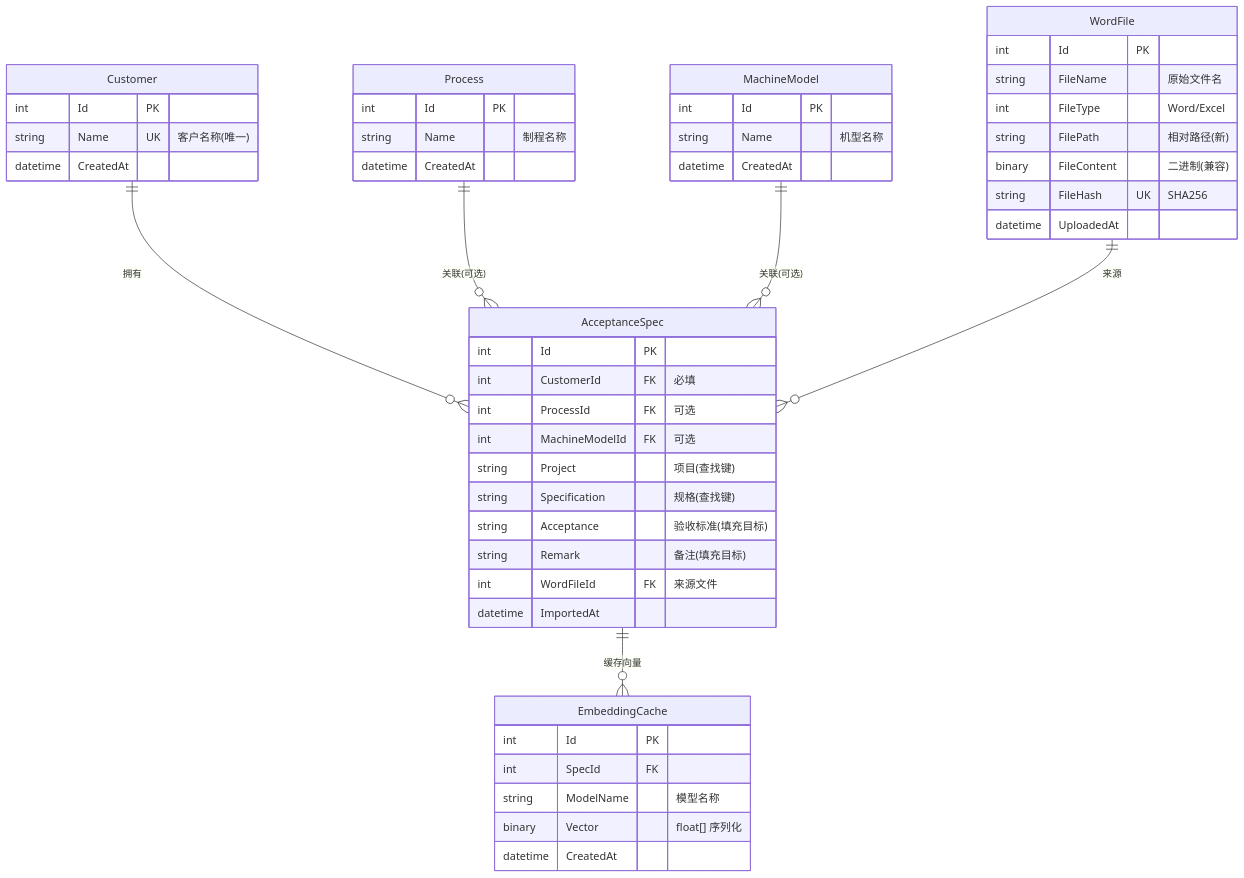
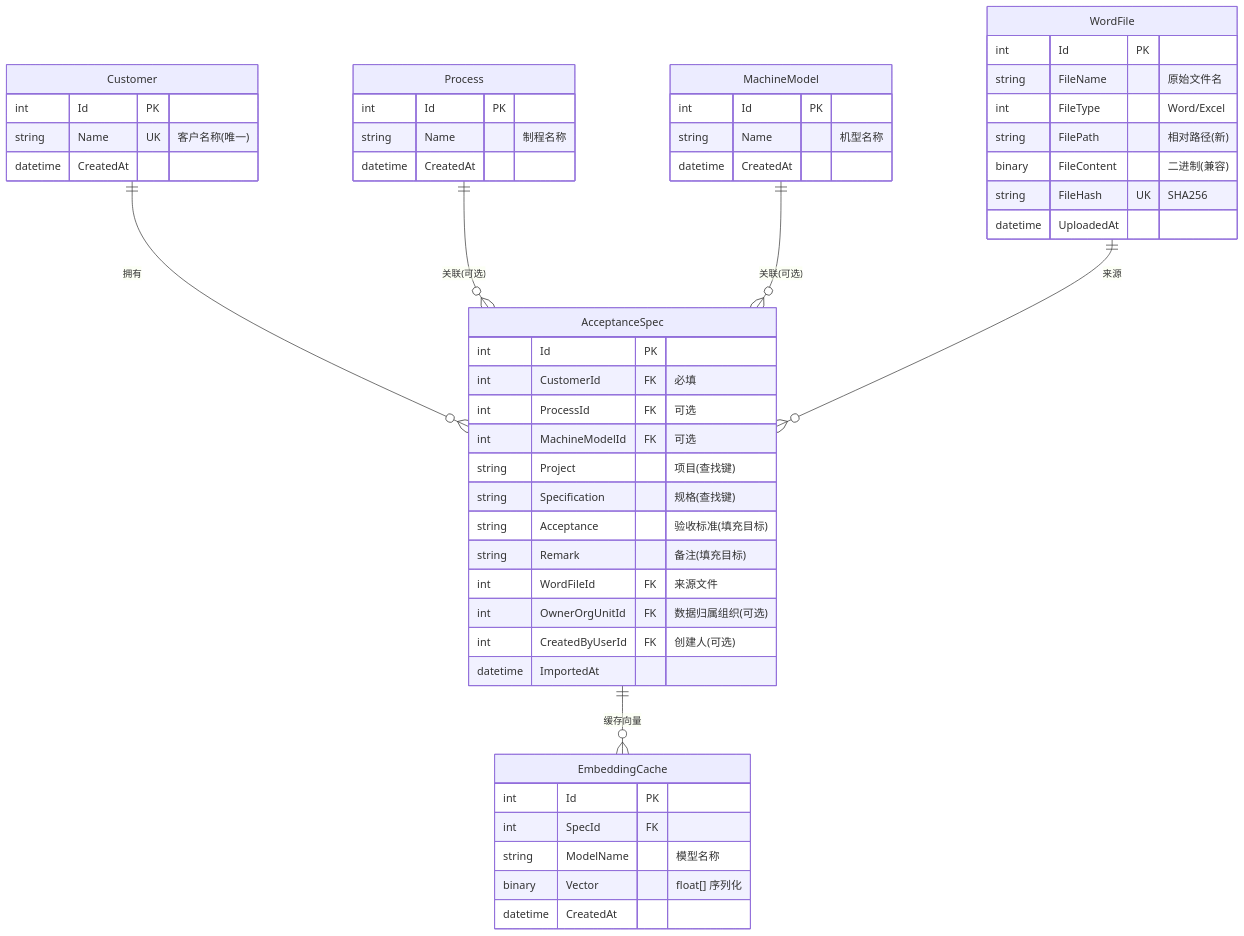
Before and after one commit to xiaocaiisxiaocai/AcceptanceSpecRecognition: diagram 14 of 28 in docs/design-overview.md, drawn with Mermaid. The commit also changed other lines of this file and 51 other files, not shown here.

````diff
--- a/docs/design-overview.md
+++ b/docs/design-overview.md
@@ -481,57 +482,59 @@
 ```mermaid
 erDiagram
     Customer ||--o{ AcceptanceSpec : "拥有"
     Process ||--o{ AcceptanceSpec : "关联(可选)"
     MachineModel ||--o{ AcceptanceSpec : "关联(可选)"
     WordFile ||--o{ AcceptanceSpec : "来源"
     AcceptanceSpec ||--o{ EmbeddingCache : "缓存向量"
 
     Customer {
         int Id PK
         string Name UK "客户名称(唯一)"
         datetime CreatedAt
     }
 
     Process {
         int Id PK
         string Name "制程名称"
         datetime CreatedAt
     }
 
     MachineModel {
         int Id PK
         string Name "机型名称"
         datetime CreatedAt
     }
 
     AcceptanceSpec {
         int Id PK
         int CustomerId FK "必填"
         int ProcessId FK "可选"
         int MachineModelId FK "可选"
         string Project "项目(查找键)"
         string Specification "规格(查找键)"
         string Acceptance "验收标准(填充目标)"
         string Remark "备注(填充目标)"
         int WordFileId FK "来源文件"
+        int OwnerOrgUnitId FK "数据归属组织(可选)"
+        int CreatedByUserId FK "创建人(可选)"
         datetime ImportedAt
     }
 
     WordFile {
         int Id PK
         string FileName "原始文件名"
         int FileType "Word/Excel"
         string FilePath "相对路径(新)"
         binary FileContent "二进制(兼容)"
         string FileHash UK "SHA256"
         datetime UploadedAt
     }
 
     EmbeddingCache {
         int Id PK
         int SpecId FK
         string ModelName "模型名称"
         binary Vector "float[] 序列化"
         datetime CreatedAt
     }
 ```
````
